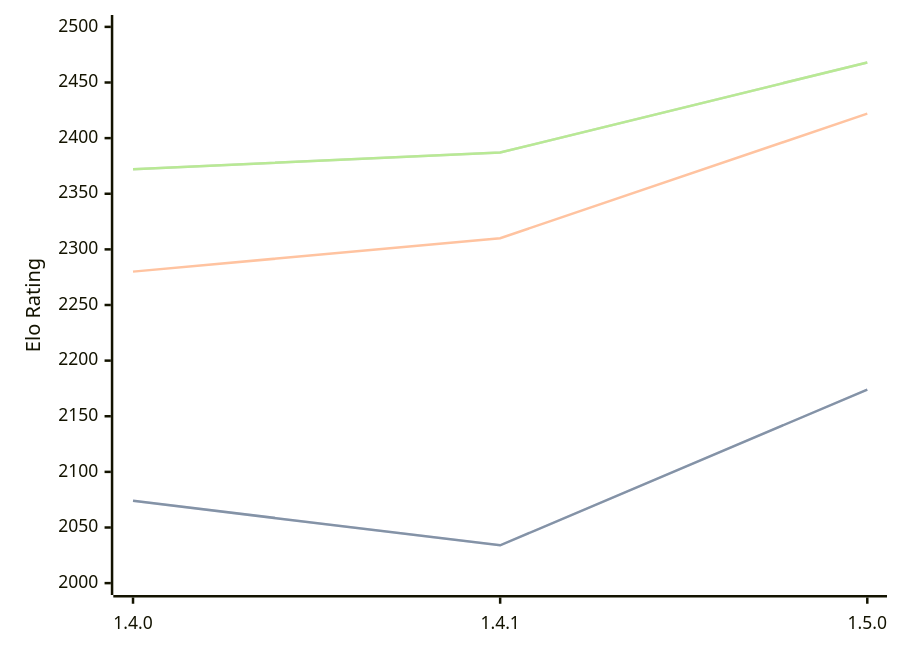
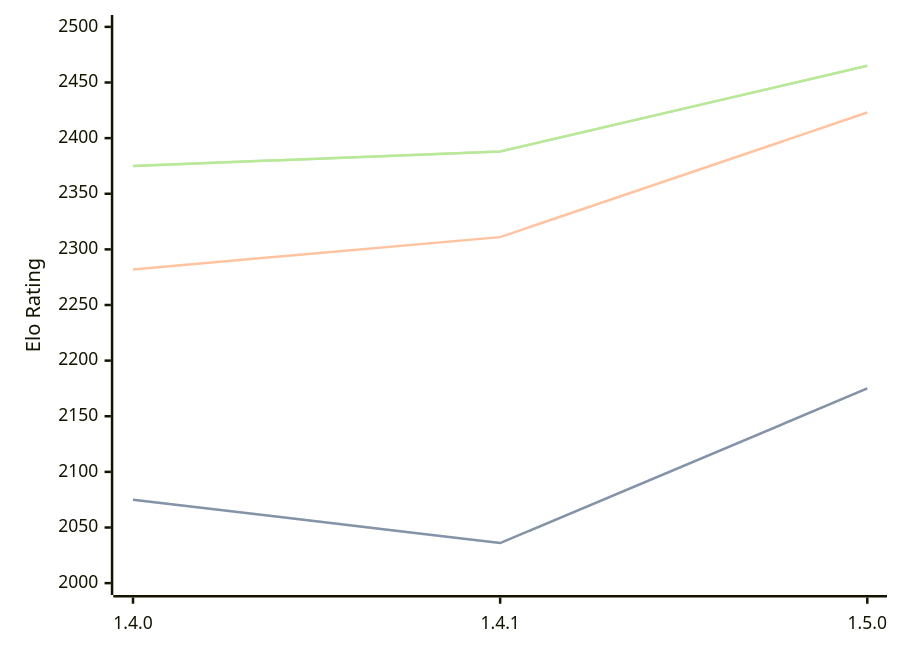
One commit to computer-chess-index/cci changed the diagram in engines/Tofiks.md. Above: the diagram before and after it, drawn with Mermaid. The commit also changed other lines of this file, not shown here.

Commit message:
Update CCI Ratings (ELO VLTC) - 2026-08-09

````diff
--- a/engines/Tofiks.md
+++ b/engines/Tofiks.md
@@ -33,11 +33,11 @@
 ```mermaid
 %%{init: {"theme":"base","themeVariables":{"seriesColors:['#a3a3a3','#222221','#faa371']}}}%%
 xychart-beta
   x-axis ["1.4.0", "1.4.1", "1.5.0"]
   y-axis "Elo Rating" 2000 --> 2500
-  line "STC (8.0+0.08s)" [2074, 2034, 2174]
-  line "STC (8.0+0.08s)" [2074, 2034, 2174]
-  line "LTC (60.0+0.60s)" [2280, 2310, 2422]
-  line "VLTC (2m24s+1.12s)" [2372, 2387, 2468]
-  line "VLTC (2m24s+1.12s)" [2372, 2387, 2468]
+  line "STC (8.0+0.08s)" [2075, 2036, 2175]
+  line "STC (8.0+0.08s)" [2075, 2036, 2175]
+  line "LTC (60.0+0.60s)" [2282, 2311, 2423]
+  line "VLTC (2m24s+1.12s)" [2375, 2388, 2465]
+  line "VLTC (2m24s+1.12s)" [2375, 2388, 2465]
 ```
````
